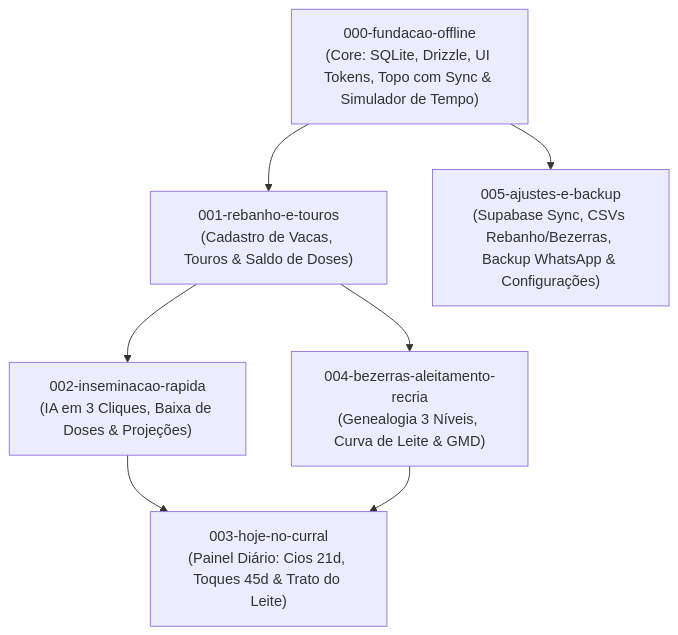
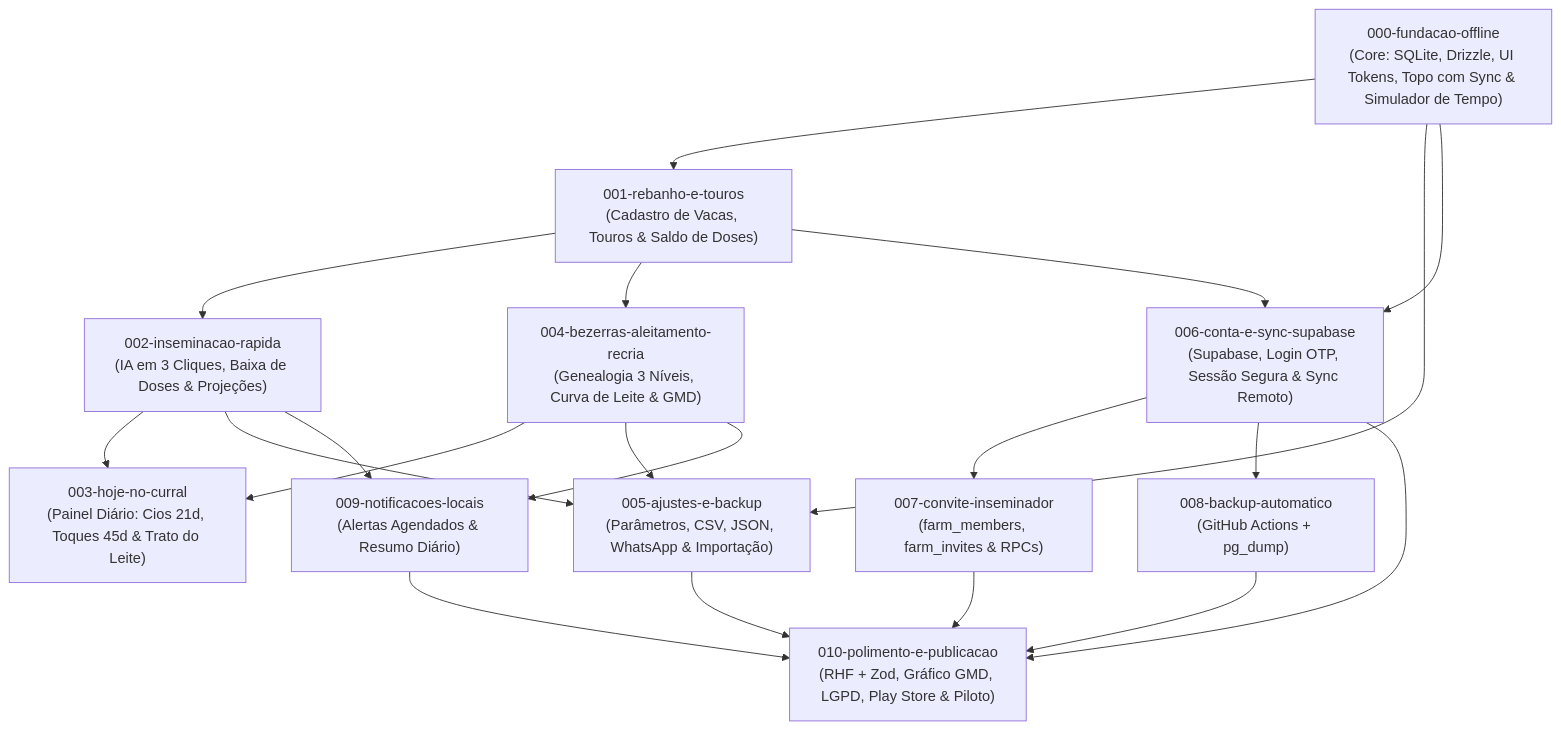
The diagram in docs/features_roadmap.md (joaoGuiotti/repro-leite), drawn with Mermaid before and after one commit. The commit also changed other lines of this file and 37 other files, not shown here.

````diff
--- a/docs/features_roadmap.md
+++ b/docs/features_roadmap.md
@@ -22,9 +65,22 @@
 ```mermaid
 flowchart TD
     F0["000-fundacao-offline<br/>(Core: SQLite, Drizzle, UI Tokens, Topo com Sync & Simulador de Tempo)"] --> F1["001-rebanho-e-touros<br/>(Cadastro de Vacas, Touros & Saldo de Doses)"]
     F1 --> F2["002-inseminacao-rapida<br/>(IA em 3 Cliques, Baixa de Doses & Projeções)"]
     F1 --> F4["004-bezerras-aleitamento-recria<br/>(Genealogia 3 Níveis, Curva de Leite & GMD)"]
     F2 --> F3["003-hoje-no-curral<br/>(Painel Diário: Cios 21d, Toques 45d & Trato do Leite)"]
     F4 --> F3
-    F0 --> F5["005-ajustes-e-backup<br/>(Supabase Sync, CSVs Rebanho/Bezerras, Backup WhatsApp & Configurações)"]
+    F0 --> F5["005-ajustes-e-backup<br/>(Parâmetros, CSV, JSON, WhatsApp & Importação)"]
+    F2 --> F5
+    F4 --> F5
+    F0 --> F6["006-conta-e-sync-supabase<br/>(Supabase, Login OTP, Sessão Segura & Sync Remoto)"]
+    F1 --> F6
+    F6 --> F7["007-convite-inseminador<br/>(farm_members, farm_invites & RPCs)"]
+    F6 --> F8["008-backup-automatico<br/>(GitHub Actions + pg_dump)"]
+    F2 --> F9["009-notificacoes-locais<br/>(Alertas Agendados & Resumo Diário)"]
+    F4 --> F9
+    F5 --> F10["010-polimento-e-publicacao<br/>(RHF + Zod, Gráfico GMD, LGPD, Play Store & Piloto)"]
+    F6 --> F10
+    F7 --> F10
+    F8 --> F10
+    F9 --> F10
 ```
````
